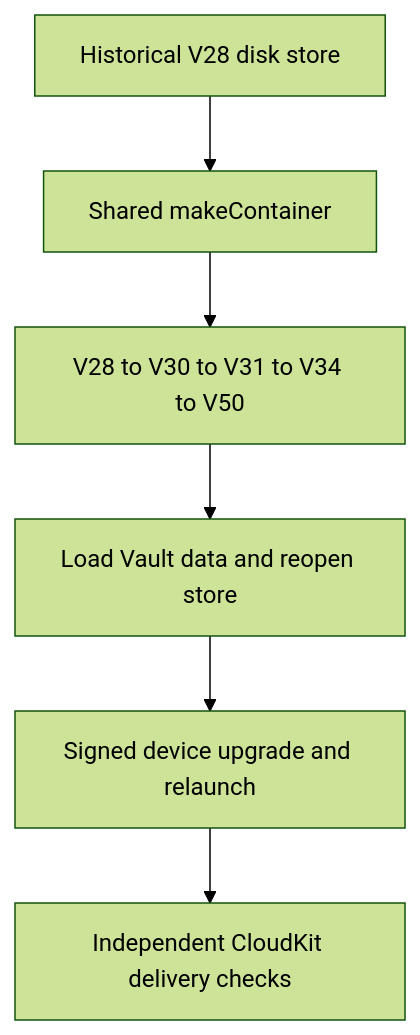
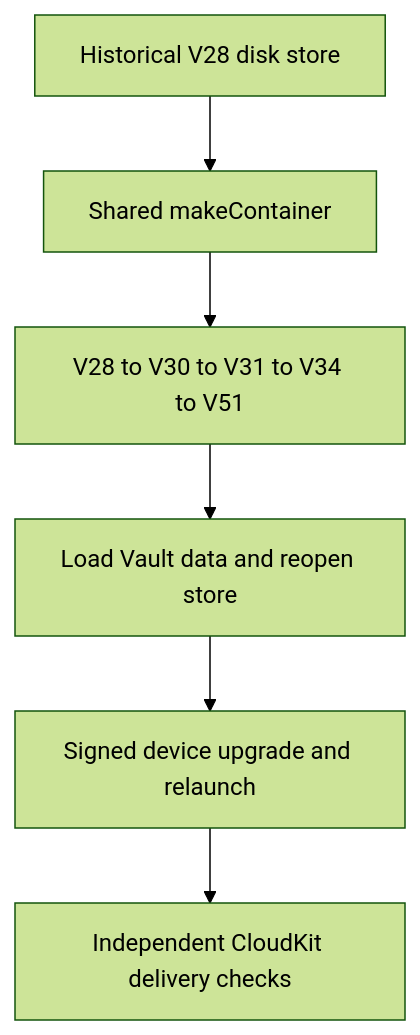
The first of 2 diagrams in openwiki/operations/cloudkit-release-readiness.md (AkinoKaede/Termind), drawn with Mermaid (forest theme) before and after one commit. The commit also changed other lines of this file and 69 other files, not shown here.

````diff
--- a/openwiki/operations/cloudkit-release-readiness.md
+++ b/openwiki/operations/cloudkit-release-readiness.md
@@ -201,8 +203,8 @@
 ```mermaid
 flowchart TD
     Fixture["Historical V28 disk store"] --> Factory["Shared makeContainer"]
-    Factory --> Local["V28 to V30 to V31 to V34 to V50"]
+    Factory --> Local["V28 to V30 to V31 to V34 to V51"]
     Local --> Verify["Load Vault data and reopen store"]
     Verify --> Device["Signed device upgrade and relaunch"]
     Device --> Cloud["Independent CloudKit delivery checks"]
 ```
````
